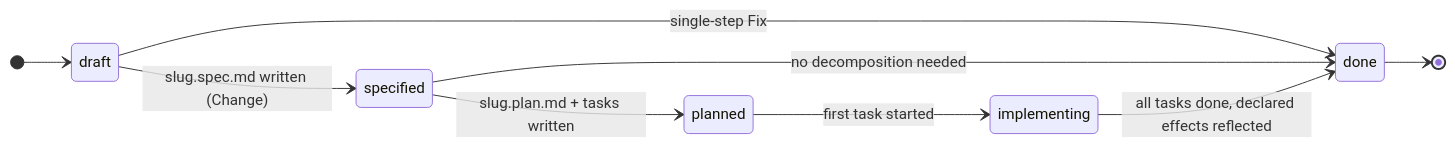
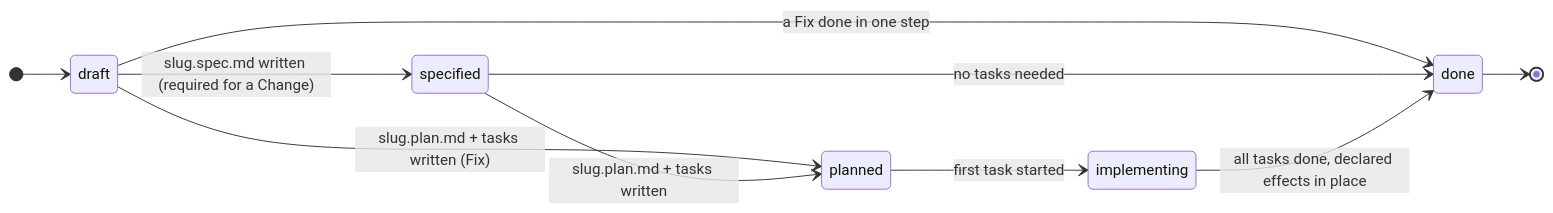
Before and after one commit to GiteshDalal/fdf: the second of 5 diagrams in spec/0.7.md, drawn with Mermaid. The commit also changed other lines of this file and 7 other files, not shown here.

````diff
--- a/spec/0.7.md
+++ b/spec/0.7.md
@@ -419,12 +531,13 @@
 ```mermaid
 stateDiagram-v2
     direction LR
     [*] --> draft
-    draft --> specified : slug.spec.md written (Change)
-    draft --> done : single-step Fix
+    draft --> specified : slug.spec.md written (required for a Change)
+    draft --> planned : slug.plan.md + tasks written (Fix)
+    draft --> done : a Fix done in one step
     specified --> planned : slug.plan.md + tasks written
-    specified --> done : no decomposition needed
+    specified --> done : no tasks needed
     planned --> implementing : first task started
-    implementing --> done : all tasks done, declared effects reflected
+    implementing --> done : all tasks done, declared effects in place
     done --> [*]
 ```
````
